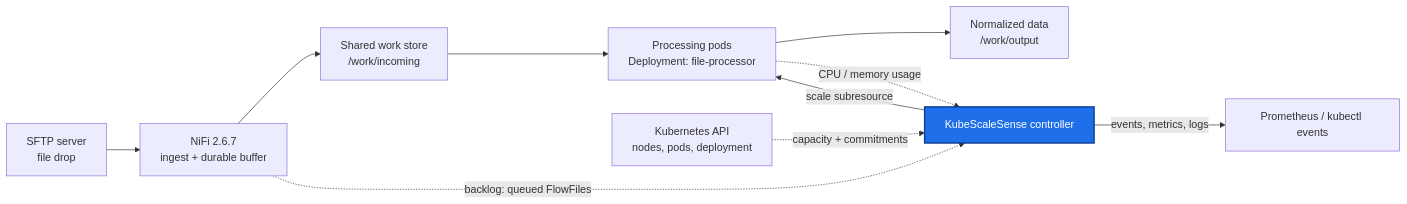
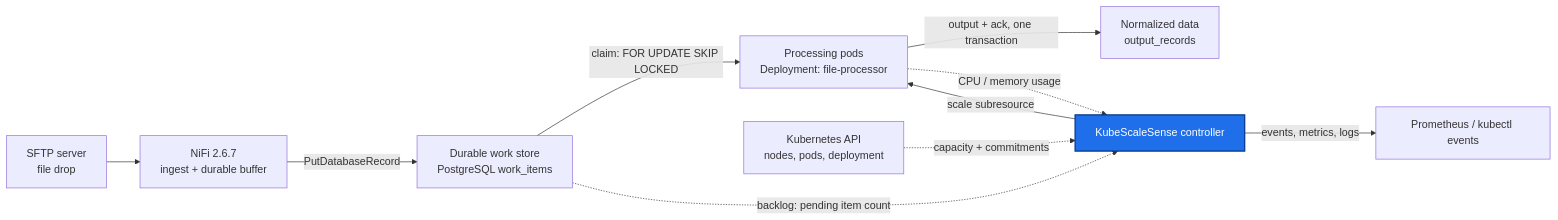
Before and after one commit to jensilin/KubeScaleSense: the first of 6 diagrams in docs/architecture.md, drawn with Mermaid. The commit also changed other lines of this file and 6 other files, not shown here.

First line of the commit message:
docs: Phase 1 architecture closure - durable work store and open questions

````diff
--- a/docs/architecture.md
+++ b/docs/architecture.md
@@ -19,17 +19,17 @@
 ```mermaid
 flowchart LR
     SFTP["SFTP server<br/>file drop"] --> NIFI["NiFi 2.6.7<br/>ingest + durable buffer"]
-    NIFI --> WORK["Shared work store<br/>/work/incoming"]
-    WORK --> POOL["Processing pods<br/>Deployment: file-processor"]
-    POOL --> OUT["Normalized data<br/>/work/output"]
+    NIFI -->|PutDatabaseRecord| WORK["Durable work store<br/>PostgreSQL work_items"]
+    WORK -->|"claim: FOR UPDATE SKIP LOCKED"| POOL["Processing pods<br/>Deployment: file-processor"]
+    POOL -->|"output + ack, one transaction"| OUT["Normalized data<br/>output_records"]
 
-    NIFI -. "backlog: queued FlowFiles" .-> KSS
+    WORK -. "backlog: pending item count" .-> KSS
     POOL -. "CPU / memory usage" .-> KSS
     K8S["Kubernetes API<br/>nodes, pods, deployment"] -. "capacity + commitments" .-> KSS
 
     KSS["KubeScaleSense controller"] -- "scale subresource" --> POOL
     KSS -- "events, metrics, logs" --> OBS["Prometheus / kubectl events"]
 
     classDef ctrl fill:#1f6feb,color:#fff,stroke:#0b3d91,stroke-width:2px
     class KSS ctrl
 ```
````
